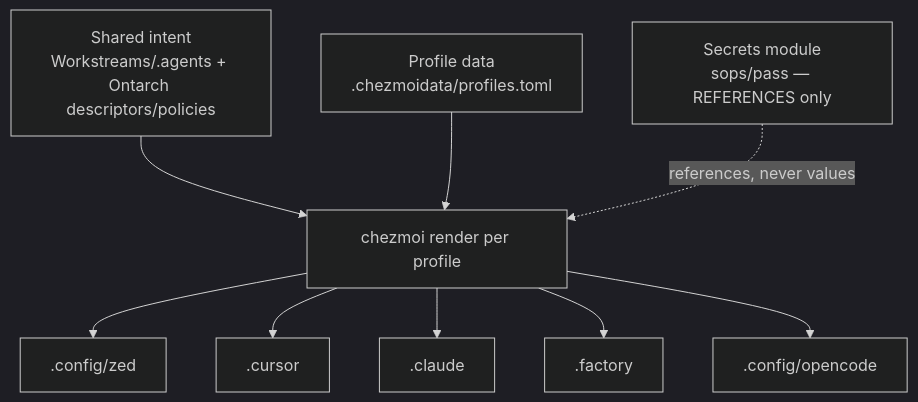
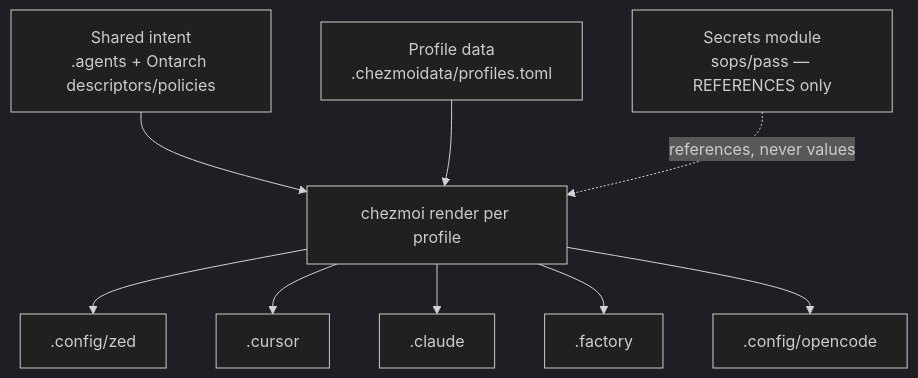
The diagram in packages/panoply/dotfiles/ROUTING.md (luckgrid/wfos), drawn with Mermaid (dark theme) before and after one commit. The commit also changed other lines of this file and 56 other files, not shown here.

````diff
--- a/packages/panoply/dotfiles/ROUTING.md
+++ b/packages/panoply/dotfiles/ROUTING.md
@@ -19,21 +19,21 @@
 ```mermaid
 flowchart TD
-  Intent["Shared intent\nWorkstreams/.agents + Ontarch descriptors/policies"]
+  Intent["Shared intent\n.agents + Ontarch descriptors/policies"]
   Profiles["Profile data\n.chezmoidata/profiles.toml"]
   Render["chezmoi render per profile"]
   Zed[".config/zed"]
   Cursor[".cursor"]
   Claude[".claude"]
   Factory[".factory"]
   Opencode[".config/opencode"]
   Secrets["Secrets module\nsops/pass — REFERENCES only"]
 
   Intent --> Render
   Profiles --> Render
   Render --> Zed
   Render --> Cursor
   Render --> Claude
   Render --> Factory
   Render --> Opencode
   Secrets -. references, never values .-> Render
 ```
````
